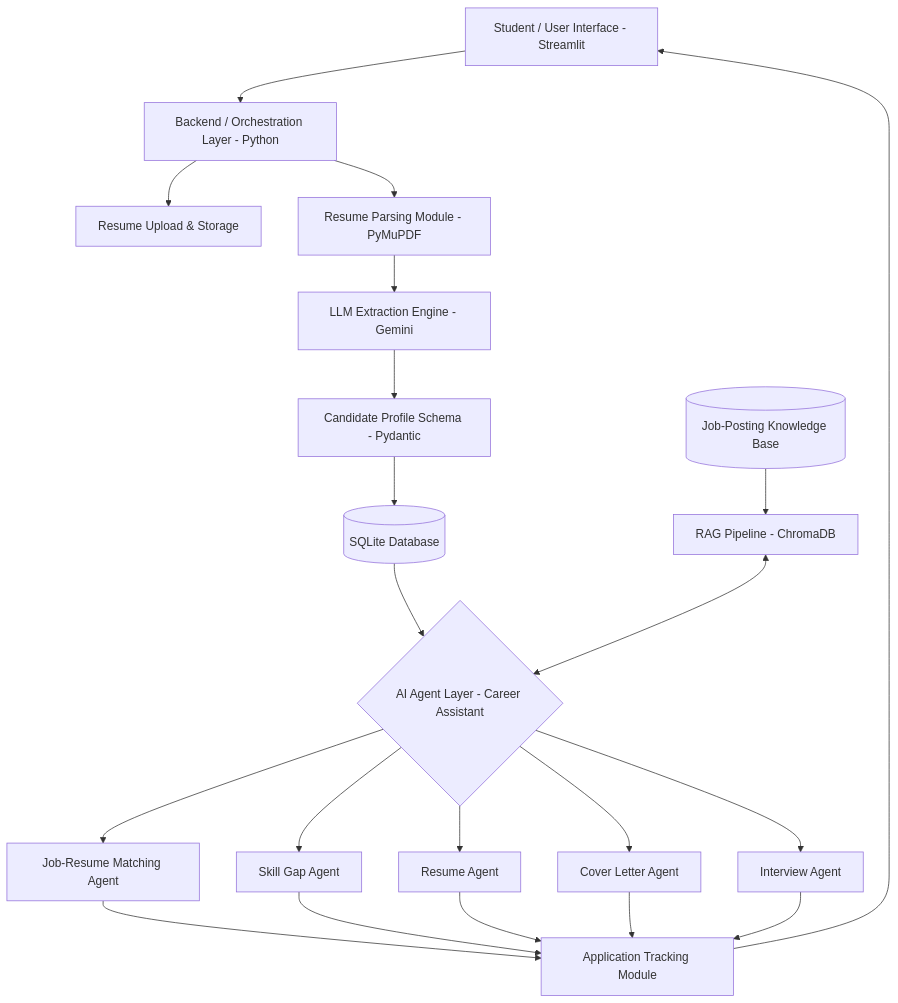
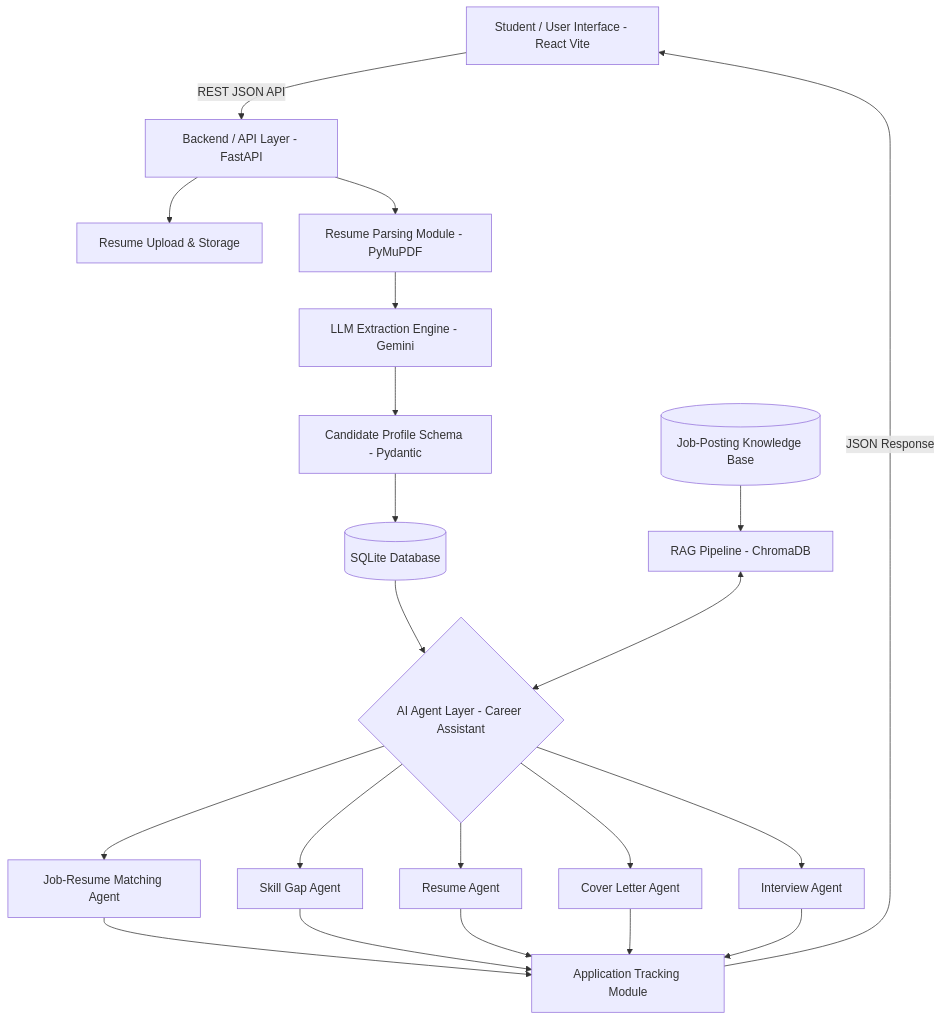
The diagram in README.md (Sakshi-bule/AI-Career-Companion-Agent-for-Internship-Matching-and-Interview-Preparation), drawn with Mermaid before and after one commit. The commit also changed other lines of this file, not shown here.

First line of the commit message:
Revise README for UI and backend technology updates

````diff
--- a/README.md
+++ b/README.md
@@ -9,19 +9,19 @@
 ```mermaid
 flowchart TD
-    UI[Student / User Interface - Streamlit] --> API[Backend / Orchestration Layer - Python]
+    UI[Student / User Interface - React Vite] -->|REST JSON API| API[Backend / API Layer - FastAPI]
     API --> Upload[Resume Upload & Storage]
     API --> Parser[Resume Parsing Module - PyMuPDF]
     Parser --> LLM[LLM Extraction Engine - Gemini]
     LLM --> Profile[Candidate Profile Schema - Pydantic]
     Profile --> DB[(SQLite Database)]
     DB --> Router{AI Agent Layer - Career Assistant}
     KB[(Job-Posting Knowledge Base)] --> RAG[RAG Pipeline - ChromaDB]
     RAG <--> Router
     Router --> A1[Job-Resume Matching Agent]
     Router --> A2[Skill Gap Agent]
     Router --> A3[Resume Agent]
     Router --> A4[Cover Letter Agent]
     Router --> A5[Interview Agent]
     A1 & A2 & A3 & A4 & A5 --> Tracker[Application Tracking Module]
-    Tracker --> UI
+    Tracker -->|JSON Response| UI
 ```
````
